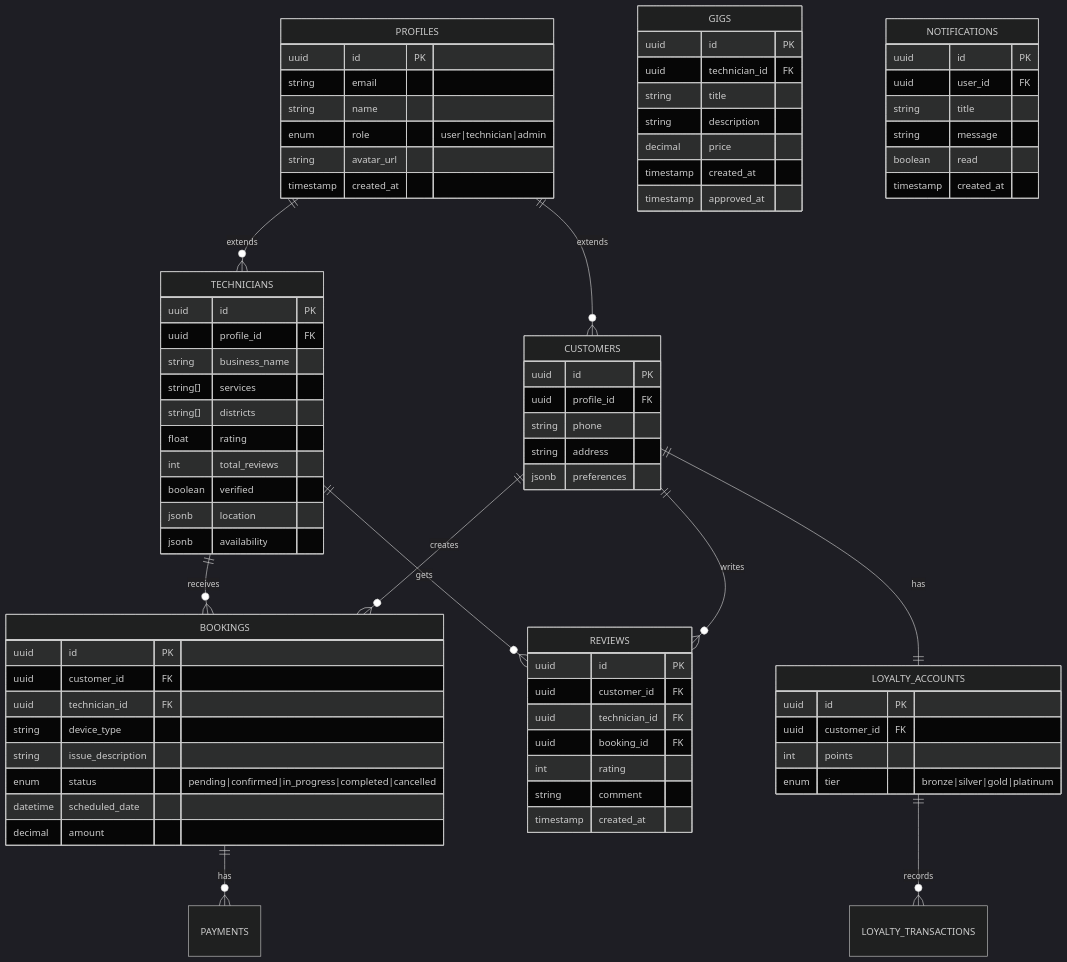
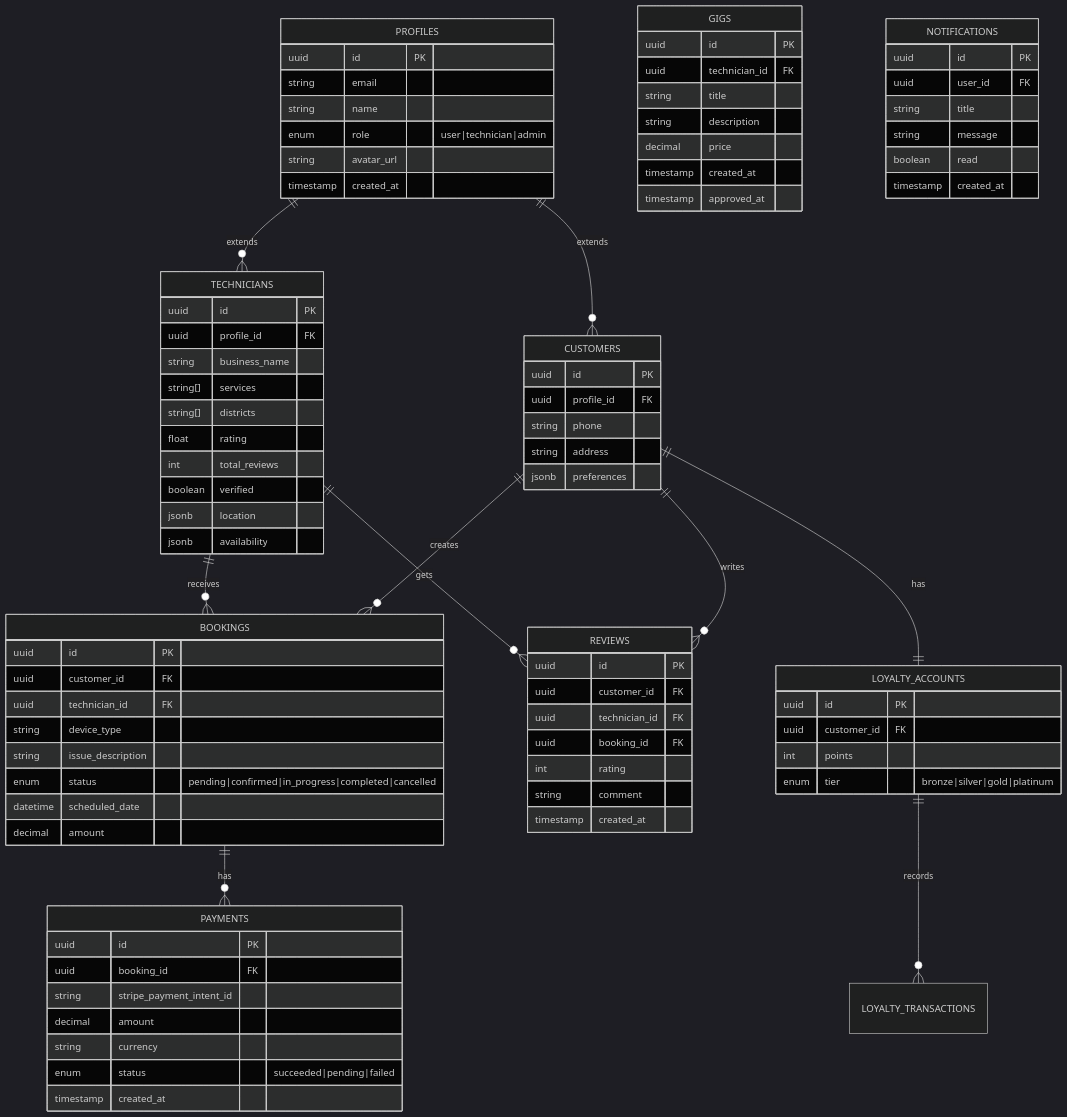
One commit to Irchika774/Tech-Care_official changed the third of 14 diagrams in README.md. Above: the diagram before and after it, drawn with Mermaid (dark theme). The commit also changed other lines of this file and 10 other files, not shown here.

```diff
--- a/README.md
+++ b/README.md
@@ -208,6 +209,16 @@
         string comment
         timestamp created_at
     }
+
+    PAYMENTS {
+        uuid id PK
+        uuid booking_id FK
+        string stripe_payment_intent_id
+        decimal amount
+        string currency
+        enum status "succeeded|pending|failed"
+        timestamp created_at
+    }
     
     GIGS {
         uuid id PK
```
